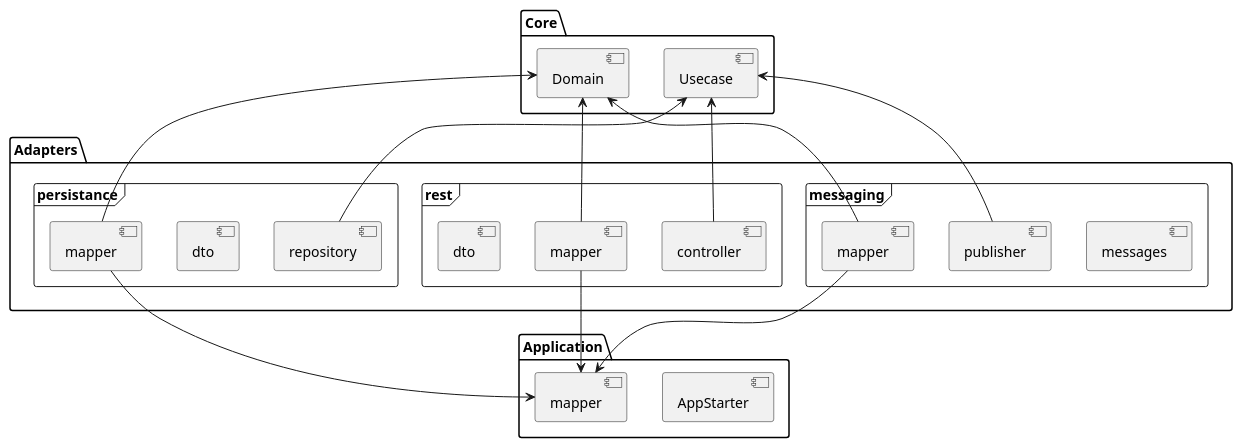
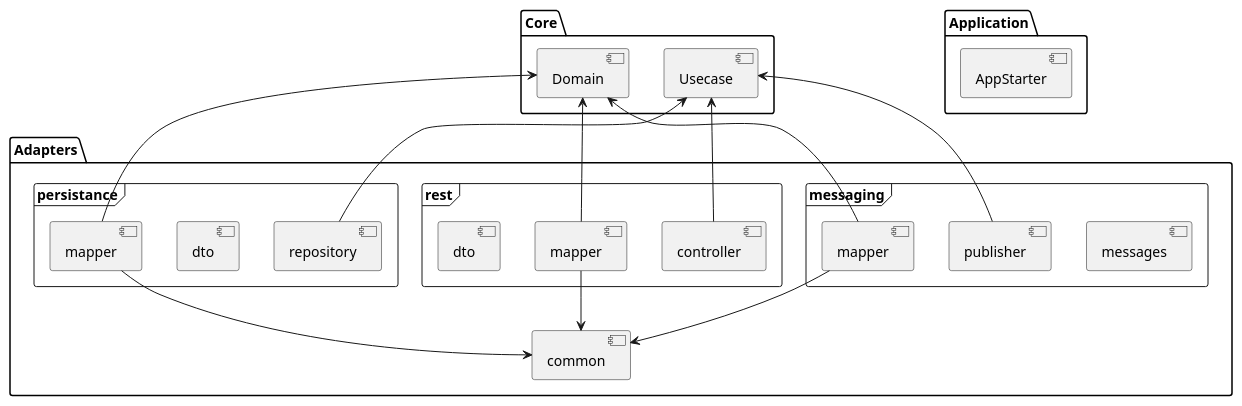
One commit to adrianoatsignavio/puzzle-service-template changed the diagram in doc/architecture.puml. Above: the diagram before and after it, drawn with PlantUML. The commit also changed 3 other files, not shown here.

```diff
--- a/doc/architecture.puml
+++ b/doc/architecture.puml
@@ -1,44 +1,44 @@
 @startuml
 
 package "Core" {
 	[Domain] as domain
 	[Usecase] as usecase
 }
 
 package "Application" {
 	[AppStarter]
-	[mapper] as mapper
 }
 
 package "Adapters" {
+	[common] as common
 	frame "rest" {
 		[controller] as rest_controller
 		[mapper] as rest_mapper
 		[dto] as rest_dto
 	}
 	frame "persistance" {
 		[mapper] as persistance_mapper
 		[dto] as persistance_model
 		[repository] as persistance_repository
 	}
 	frame "messaging" {
 		[messages] as messages
 		[publisher]
 		[mapper] as messaging_mapper
 	}
 }
 
 domain <-- rest_mapper
 domain <-- persistance_mapper
 domain <-- messaging_mapper
 
 rest_controller -up-> usecase
 publisher -up-> usecase
 persistance_repository -up-> usecase
 
-rest_mapper --> mapper
-persistance_mapper --> mapper
-messaging_mapper --> mapper
+rest_mapper --> common
+persistance_mapper --> common
+messaging_mapper --> common
 
 
 @enduml
```
